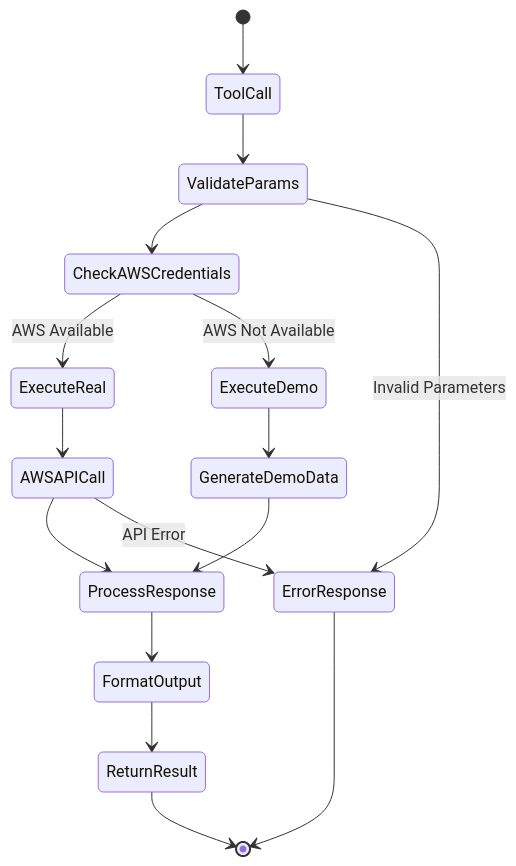
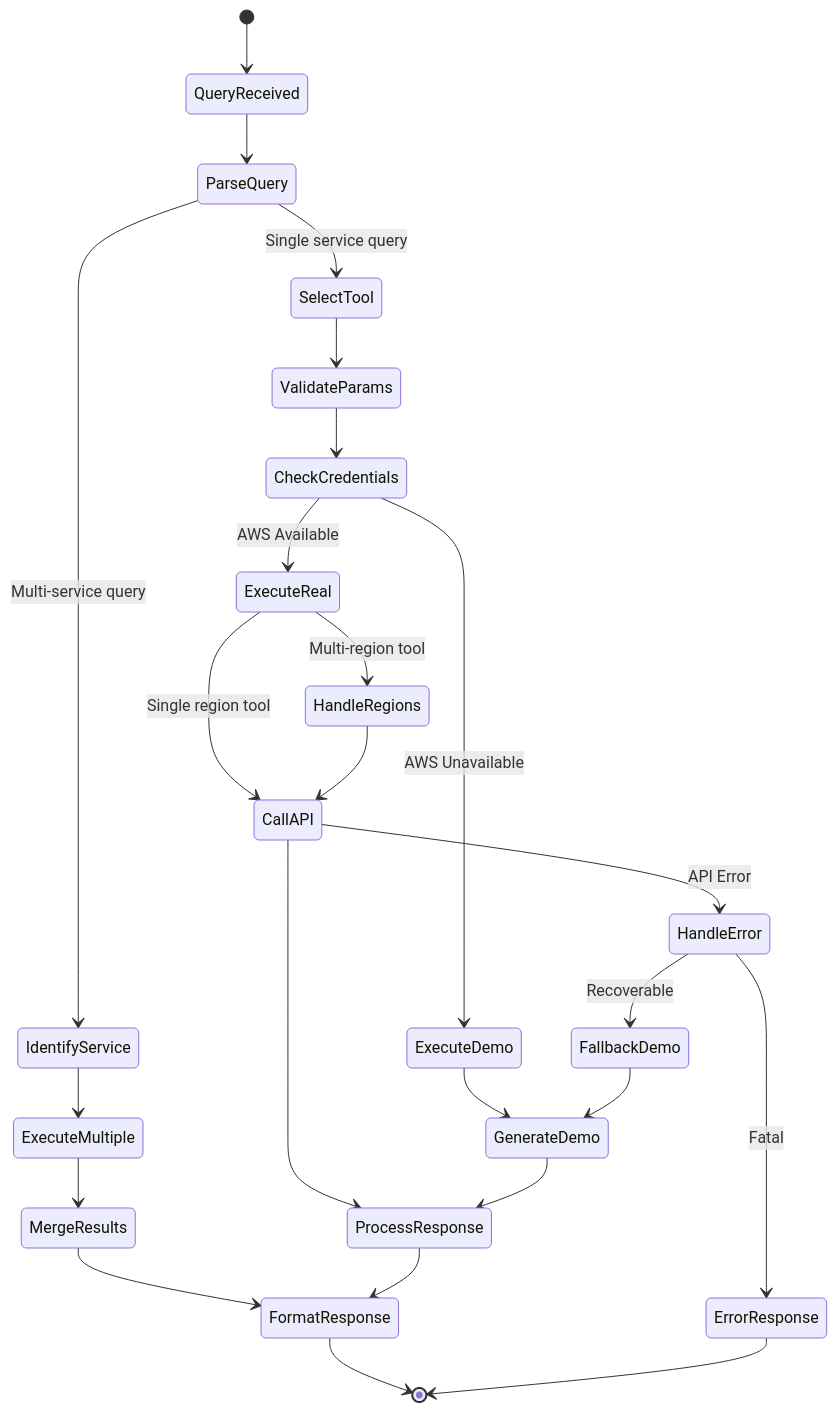
Before and after one commit to MohanRamadoss/mcpdemo: the seventh of 7 diagrams in mcp-aws-cloud/README.md, drawn with Mermaid. The commit also changed other lines of this file, not shown here.

````diff
--- a/mcp-aws-cloud/README.md
+++ b/mcp-aws-cloud/README.md
@@ -521,23 +760,34 @@
 ```mermaid
 stateDiagram-v2
-    [*] --> ToolCall
-    ToolCall --> ValidateParams
-    ValidateParams --> CheckAWSCredentials
+    [*] --> QueryReceived
+    QueryReceived --> ParseQuery
+    ParseQuery --> IdentifyService: Multi-service query
+    ParseQuery --> SelectTool: Single service query
     
-    CheckAWSCredentials --> ExecuteReal: AWS Available
-    CheckAWSCredentials --> ExecuteDemo: AWS Not Available
+    IdentifyService --> ExecuteMultiple
+    ExecuteMultiple --> MergeResults
+    MergeResults --> FormatResponse
     
-    ExecuteReal --> AWSAPICall
-    AWSAPICall --> ProcessResponse
+    SelectTool --> ValidateParams
+    ValidateParams --> CheckCredentials
     
-    ExecuteDemo --> GenerateDemoData
-    GenerateDemoData --> ProcessResponse
+    CheckCredentials --> ExecuteReal: AWS Available
+    CheckCredentials --> ExecuteDemo: AWS Unavailable
     
-    ProcessResponse --> FormatOutput
-    FormatOutput --> ReturnResult
-    ReturnResult --> [*]
+    ExecuteReal --> HandleRegions: Multi-region tool
+    ExecuteReal --> CallAPI: Single region tool
     
-    ValidateParams --> ErrorResponse: Invalid Parameters
-    AWSAPICall --> ErrorResponse: API Error
+    HandleRegions --> CallAPI
+    CallAPI --> ProcessResponse
+    ExecuteDemo --> GenerateDemo
+    GenerateDemo --> ProcessResponse
+    
+    ProcessResponse --> FormatResponse
+    FormatResponse --> [*]
+    
+    CallAPI --> HandleError: API Error
+    HandleError --> FallbackDemo: Recoverable
+    HandleError --> ErrorResponse: Fatal
+    FallbackDemo --> GenerateDemo
     ErrorResponse --> [*]
 ```
````
